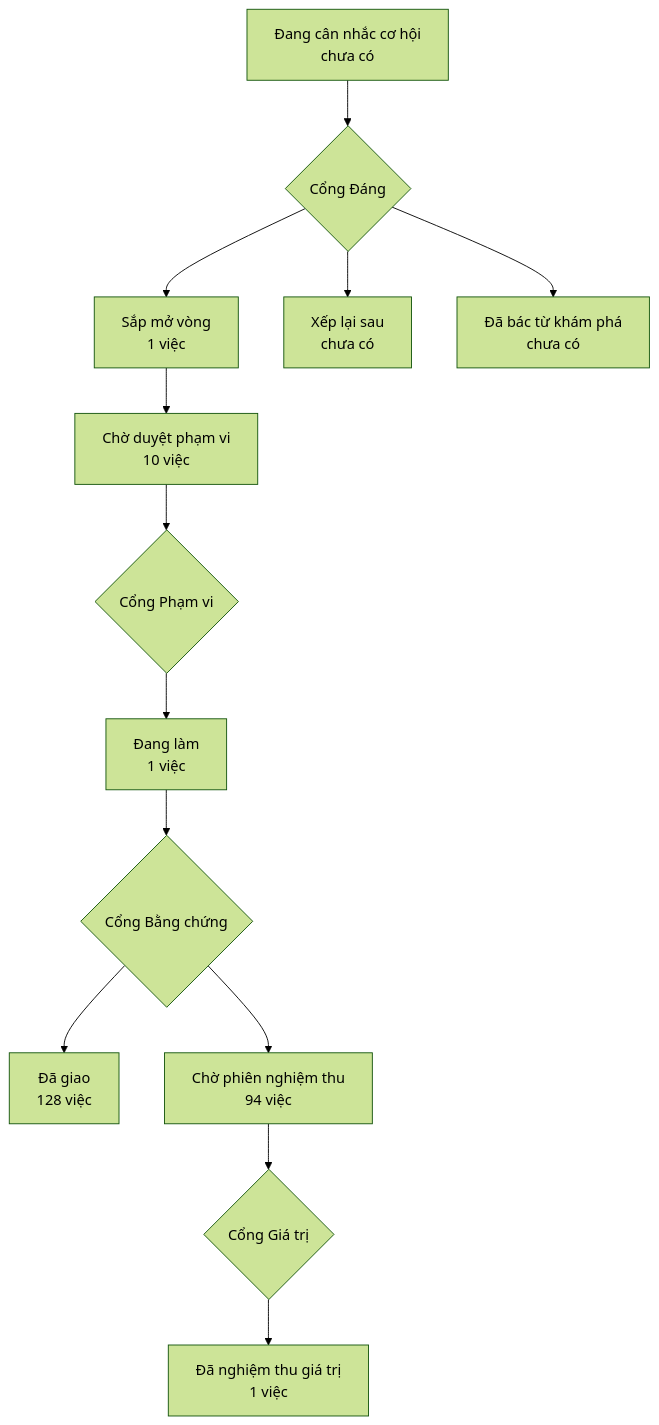
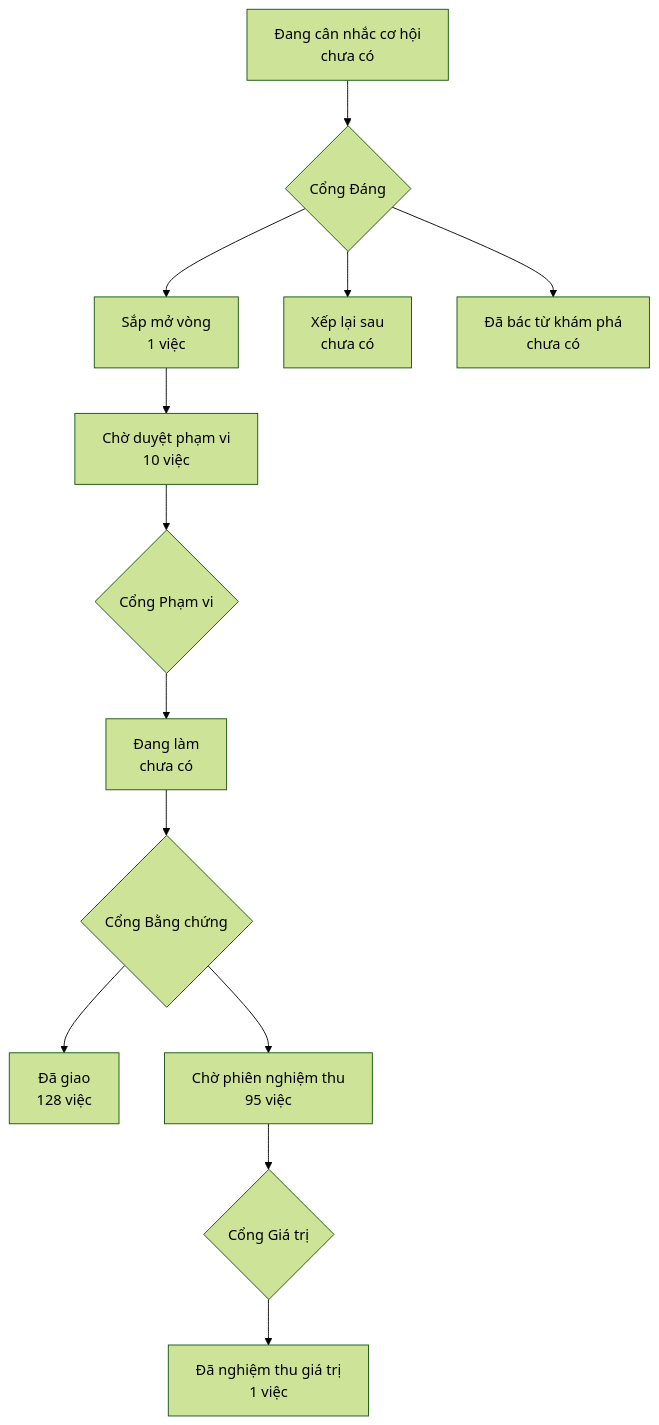
The diagram in PRODUCT-MAP.md (phanlemanh/onehub-invest), drawn with Mermaid (forest theme) before and after one commit. The commit also changed other lines of this file and 5 other files, not shown here.

````diff
--- a/PRODUCT-MAP.md
+++ b/PRODUCT-MAP.md
@@ -7,12 +7,12 @@
 ```mermaid
 flowchart TD
   A["Đang cân nhắc cơ hội<br/>chưa có"] --> GD{"Cổng Đáng"}
   GD --> B["Sắp mở vòng<br/>1 việc"]
   GD --> XL["Xếp lại sau<br/>chưa có"]
   GD --> DB["Đã bác từ khám phá<br/>chưa có"]
   B --> CD["Chờ duyệt phạm vi<br/>10 việc"] --> GP{"Cổng Phạm vi"}
-  GP --> DL["Đang làm<br/>1 việc"] --> GB{"Cổng Bằng chứng"}
+  GP --> DL["Đang làm<br/>chưa có"] --> GB{"Cổng Bằng chứng"}
   GB --> DG["Đã giao<br/>128 việc"]
-  GB --> CN["Chờ phiên nghiệm thu<br/>94 việc"] --> GG{"Cổng Giá trị"}
+  GB --> CN["Chờ phiên nghiệm thu<br/>95 việc"] --> GG{"Cổng Giá trị"}
   GG --> NT["Đã nghiệm thu giá trị<br/>1 việc"]
 ```
````
